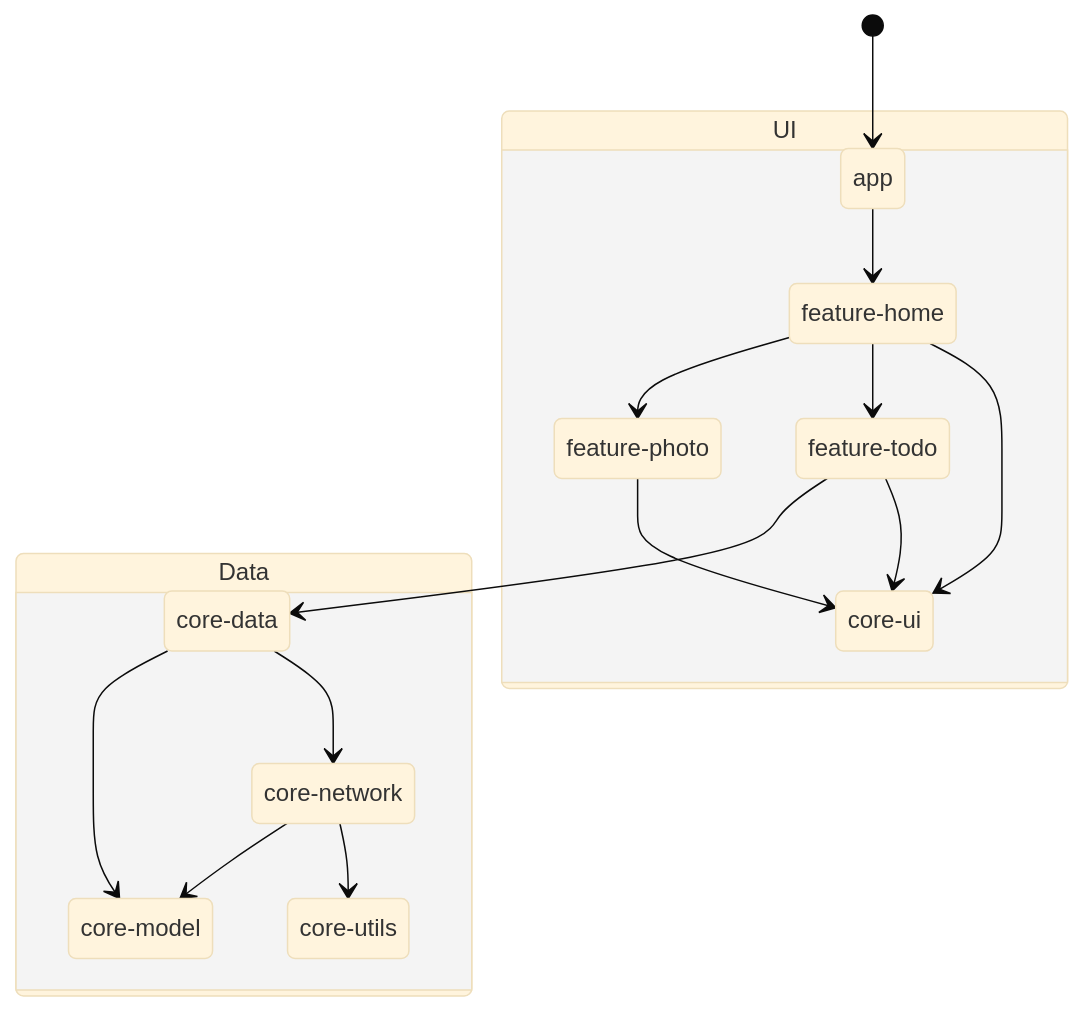
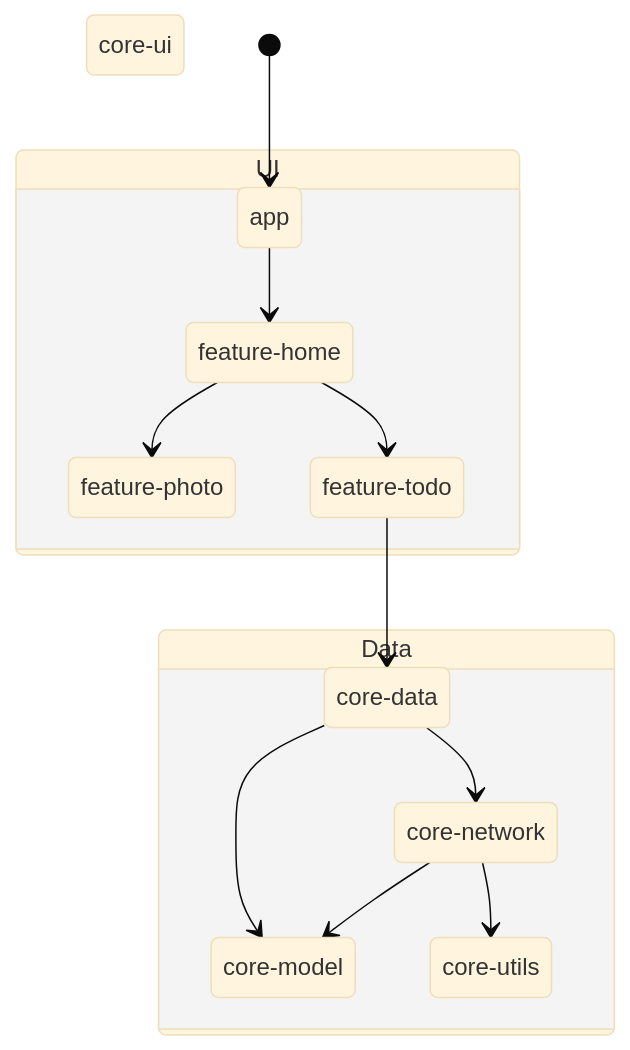
The first of 3 diagrams in Apps/SampleApp/README.md (cambridge-cares/TheWorldAvatar), drawn with Mermaid (base theme) before and after one commit. The commit also changed other lines of this file and 5 other files, not shown here.

````diff
--- a/Apps/SampleApp/README.md
+++ b/Apps/SampleApp/README.md
@@ -50,30 +50,27 @@
 ```mermaid
     stateDiagram-v2
       cd: core-data
       cm: core-model
       cn: core-network
       cui: core-ui
       cut: core-utils
       fh: feature-home
       fp: feature-photo
       ft: feature-todo
 
       [*] --> app
       ft --> cd
 
       state UI {
         app --> fh
         fh --> fp
         fh --> ft
-        fh --> cui
-        fp --> cui
-        ft --> cui
       }
 
       state Data {
         cd --> cm
         cd --> cn
         cn --> cm
         cn --> cut
       }
 ```
````
